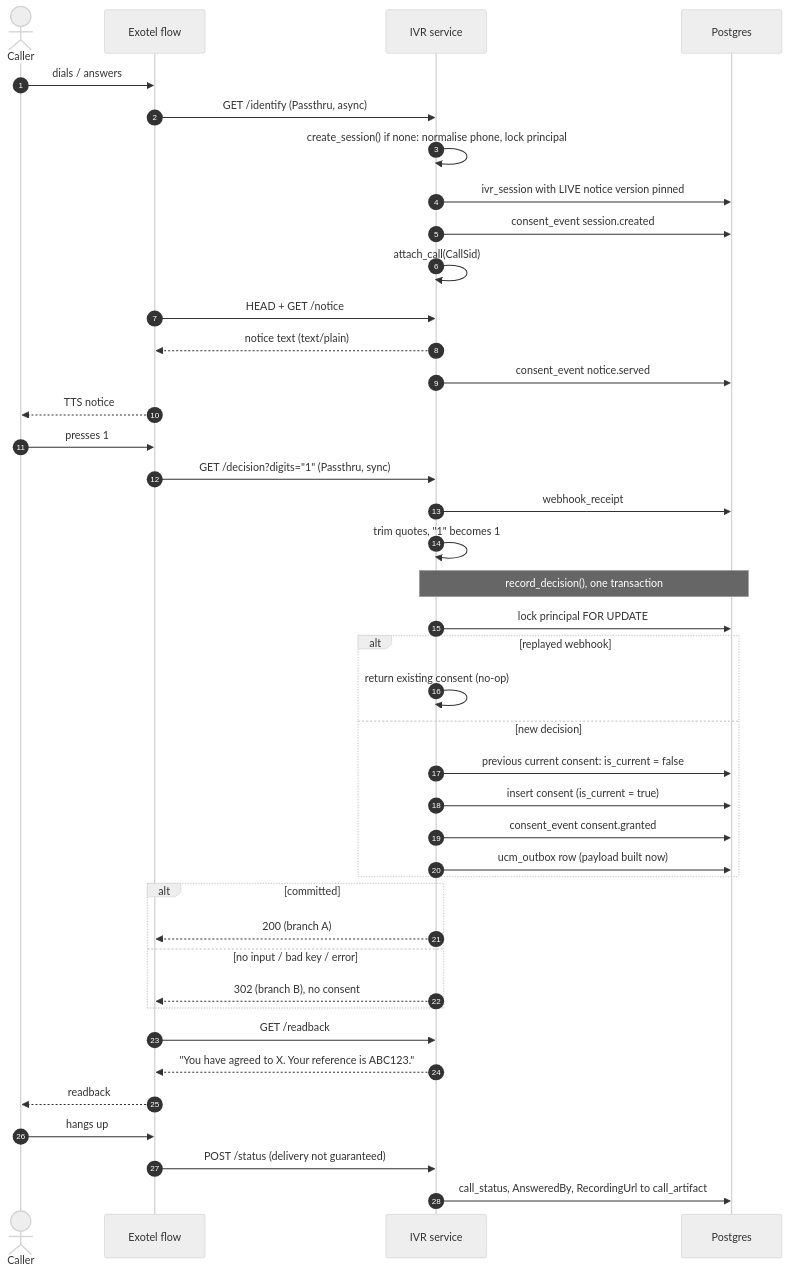
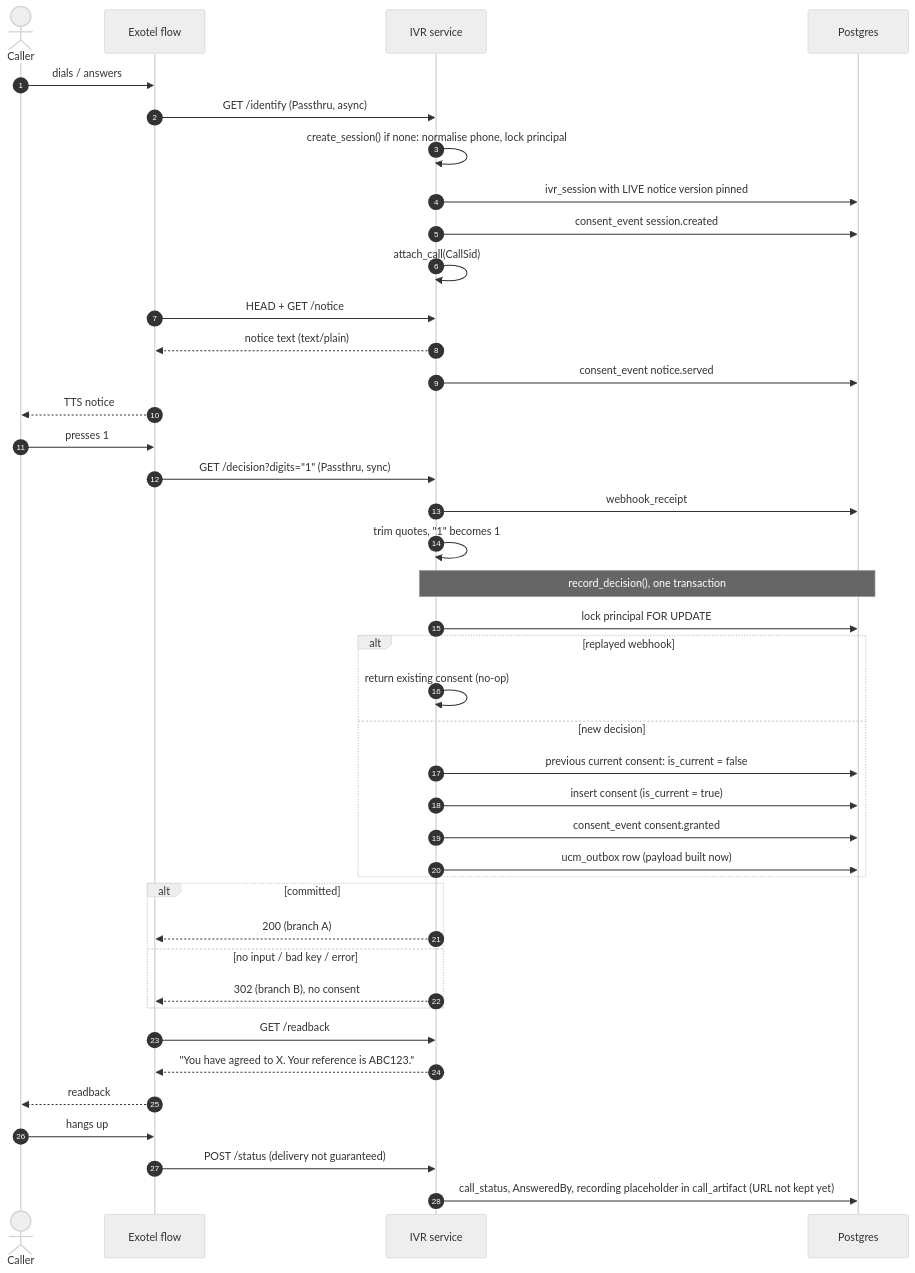
Before and after one commit to ajitbubu/IVR-consent-collection: the second of 6 diagrams in doc/architecture.md, drawn with Mermaid (neutral theme). The commit also changed other lines of this file and 4 other files, not shown here.

````diff
--- a/doc/architecture.md
+++ b/doc/architecture.md
@@ -66,44 +66,44 @@
 ```mermaid
 sequenceDiagram
     autonumber
     actor C as Caller
     participant X as Exotel flow
     participant S as IVR service
     participant DB as Postgres
 
     C->>X: dials / answers
     X->>S: GET /identify (Passthru, async)
     S->>S: create_session() if none: normalise phone, lock principal
     S->>DB: ivr_session with LIVE notice version pinned
     S->>DB: consent_event session.created
     S->>S: attach_call(CallSid)
     X->>S: HEAD + GET /notice
     S-->>X: notice text (text/plain)
     S->>DB: consent_event notice.served
     X-->>C: TTS notice
     C->>X: presses 1
     X->>S: GET /decision?digits="1" (Passthru, sync)
     S->>DB: webhook_receipt
     S->>S: trim quotes, "1" becomes 1
     Note over S,DB: record_decision(), one transaction
     S->>DB: lock principal FOR UPDATE
     alt replayed webhook
         S->>S: return existing consent (no-op)
     else new decision
         S->>DB: previous current consent: is_current = false
         S->>DB: insert consent (is_current = true)
         S->>DB: consent_event consent.granted
         S->>DB: ucm_outbox row (payload built now)
     end
     alt committed
         S-->>X: 200 (branch A)
     else no input / bad key / error
         S-->>X: 302 (branch B), no consent
     end
     X->>S: GET /readback
     S-->>X: "You have agreed to X. Your reference is ABC123."
     X-->>C: readback
     C->>X: hangs up
     X->>S: POST /status (delivery not guaranteed)
-    S->>DB: call_status, AnsweredBy, RecordingUrl to call_artifact
+    S->>DB: call_status, AnsweredBy, recording placeholder in call_artifact (URL not kept yet)
 ```
````
